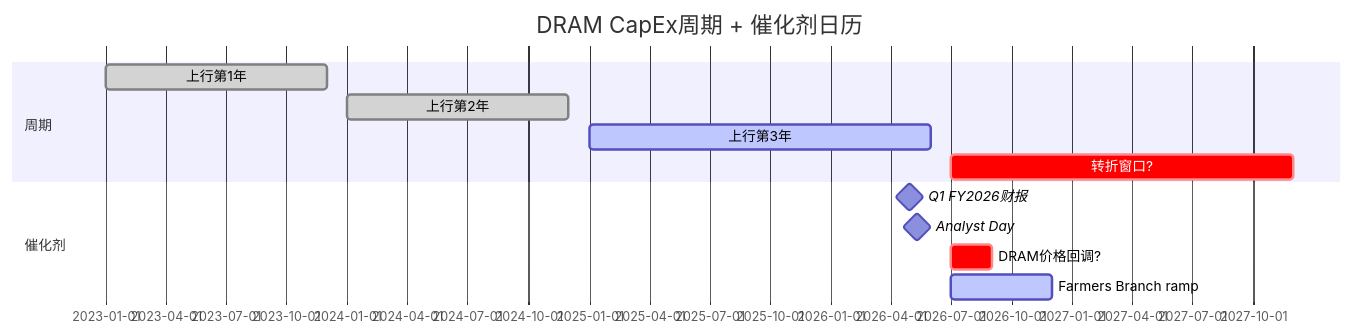
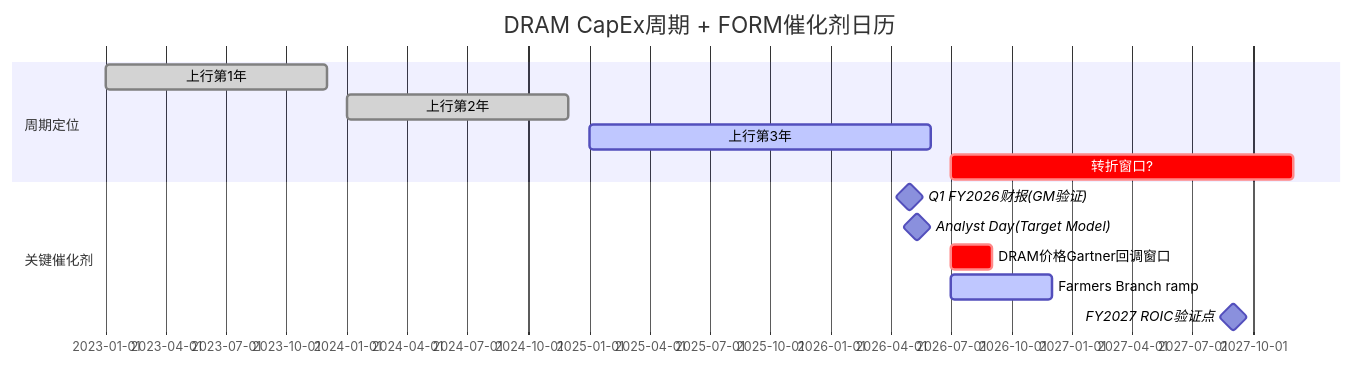
One commit to miltonnewyork25-afk/investment-master changed the fifth of 6 diagrams in reports/FORM/FORM_complete_v2.md. Above: the diagram before and after it, drawn with Mermaid. The commit also changed other lines of this file, not shown here.

````diff
--- a/reports/FORM/FORM_complete_v2.md
+++ b/reports/FORM/FORM_complete_v2.md
@@ -1562,15 +1710,16 @@
 ```mermaid
 gantt
-    title DRAM CapEx周期 + 催化剂日历
+    title DRAM CapEx周期 + FORM催化剂日历
     dateFormat YYYY-MM
-    section 周期
+    section 周期定位
     上行第1年 :done, 2023-01, 2023-12
     上行第2年 :done, 2024-01, 2024-12
     上行第3年 :active, 2025-01, 2026-06
     转折窗口? :crit, 2026-07, 2027-12
-    section 催化剂
-    Q1 FY2026财报 :milestone, 2026-04-29, 0d
-    Analyst Day :milestone, 2026-05-11, 0d
-    DRAM价格回调? :crit, 2026-07, 2026-09
+    section 关键催化剂
+    Q1 FY2026财报(GM验证) :milestone, 2026-04-29, 0d
+    Analyst Day(Target Model) :milestone, 2026-05-11, 0d
+    DRAM价格Gartner回调窗口 :crit, 2026-07, 2026-09
     Farmers Branch ramp :active, 2026-07, 2026-12
+    FY2027 ROIC验证点 :milestone, 2027-09-01, 0d
 ```
````
